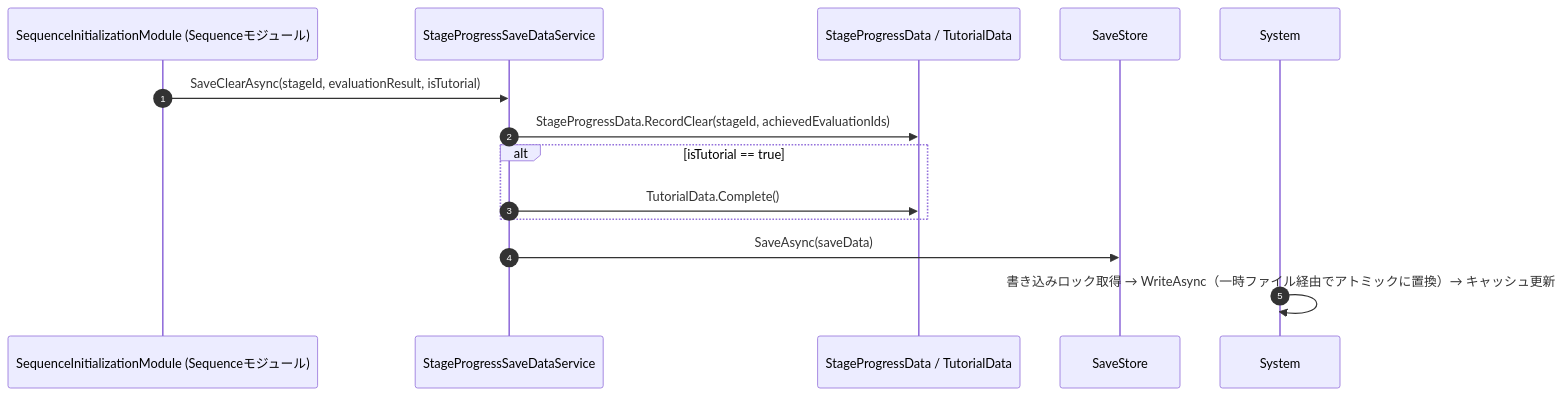
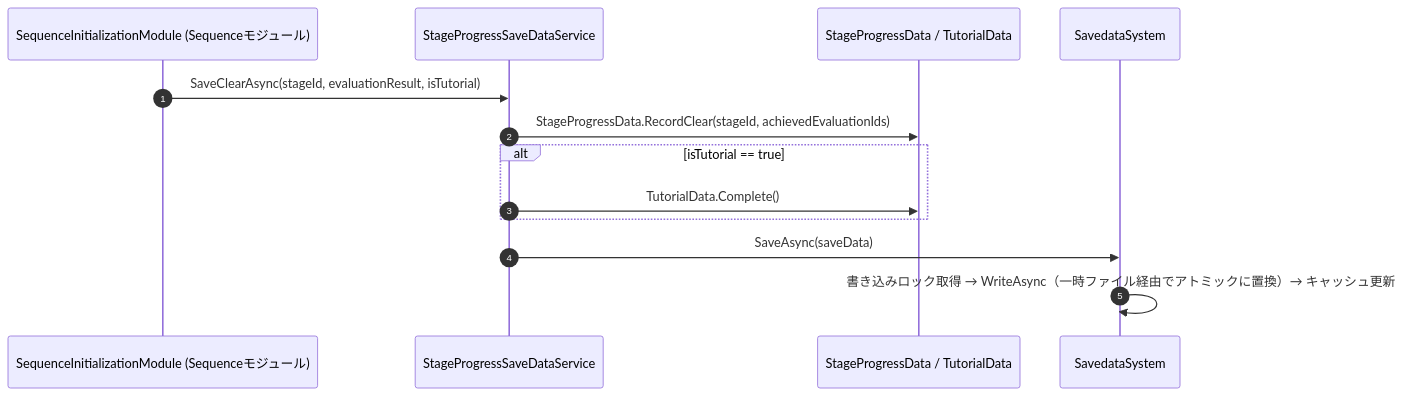
One commit to HIBIKI5201/SymphonyKillChord changed the third of 3 diagrams in Assets/Docs/ScriptsDocs/Modules/NotionModuleDocs/Savedata.md. Above: the diagram before and after it, drawn with Mermaid. The commit also changed other lines of this file and 2383 other files, not shown here.

````diff
--- a/Assets/Docs/ScriptsDocs/Modules/NotionModuleDocs/Savedata.md
+++ b/Assets/Docs/ScriptsDocs/Modules/NotionModuleDocs/Savedata.md
@@ -156,16 +154,16 @@
 ```mermaid
 sequenceDiagram
     autonumber
     participant Seq as SequenceInitializationModule (Sequenceモジュール)
     participant Service as StageProgressSaveDataService
     participant Data as StageProgressData / TutorialData
-    participant Store as SaveStore
+    participant System as SavedataSystem
 
     Seq ->> Service: SaveClearAsync(stageId, evaluationResult, isTutorial)
     Service ->> Data: StageProgressData.RecordClear(stageId, achievedEvaluationIds)
     alt isTutorial == true
         Service ->> Data: TutorialData.Complete()
     end
-    Service ->> Store: SaveAsync(saveData)
+    Service ->> System: SaveAsync(saveData)
     System ->> System: 書き込みロック取得 → WriteAsync（一時ファイル経由でアトミックに置換）→ キャッシュ更新
 ```
````
